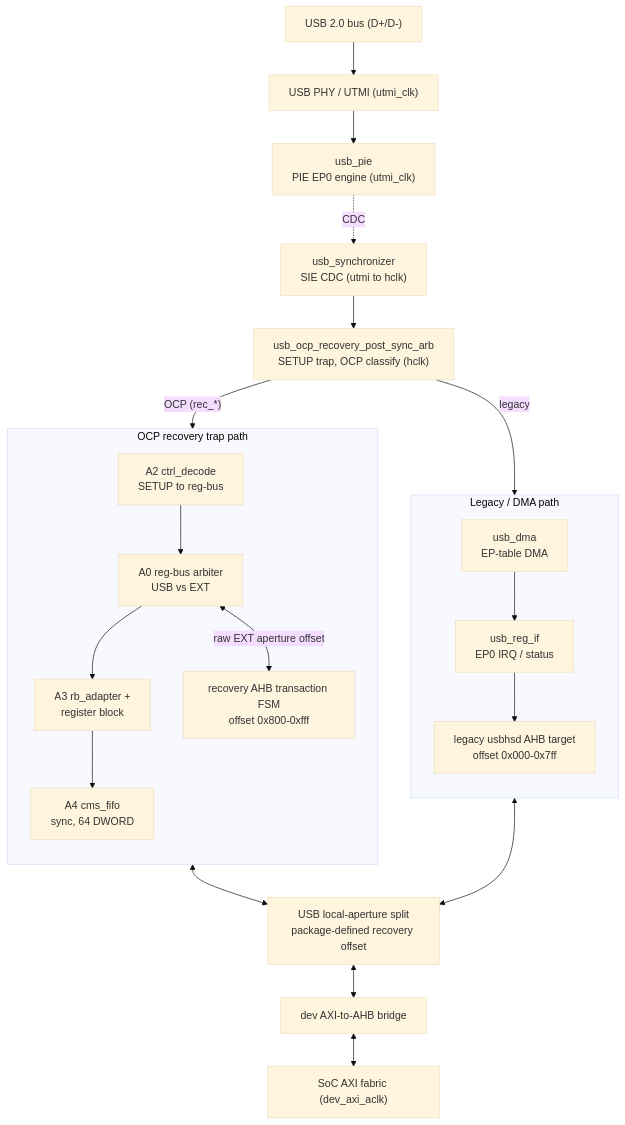
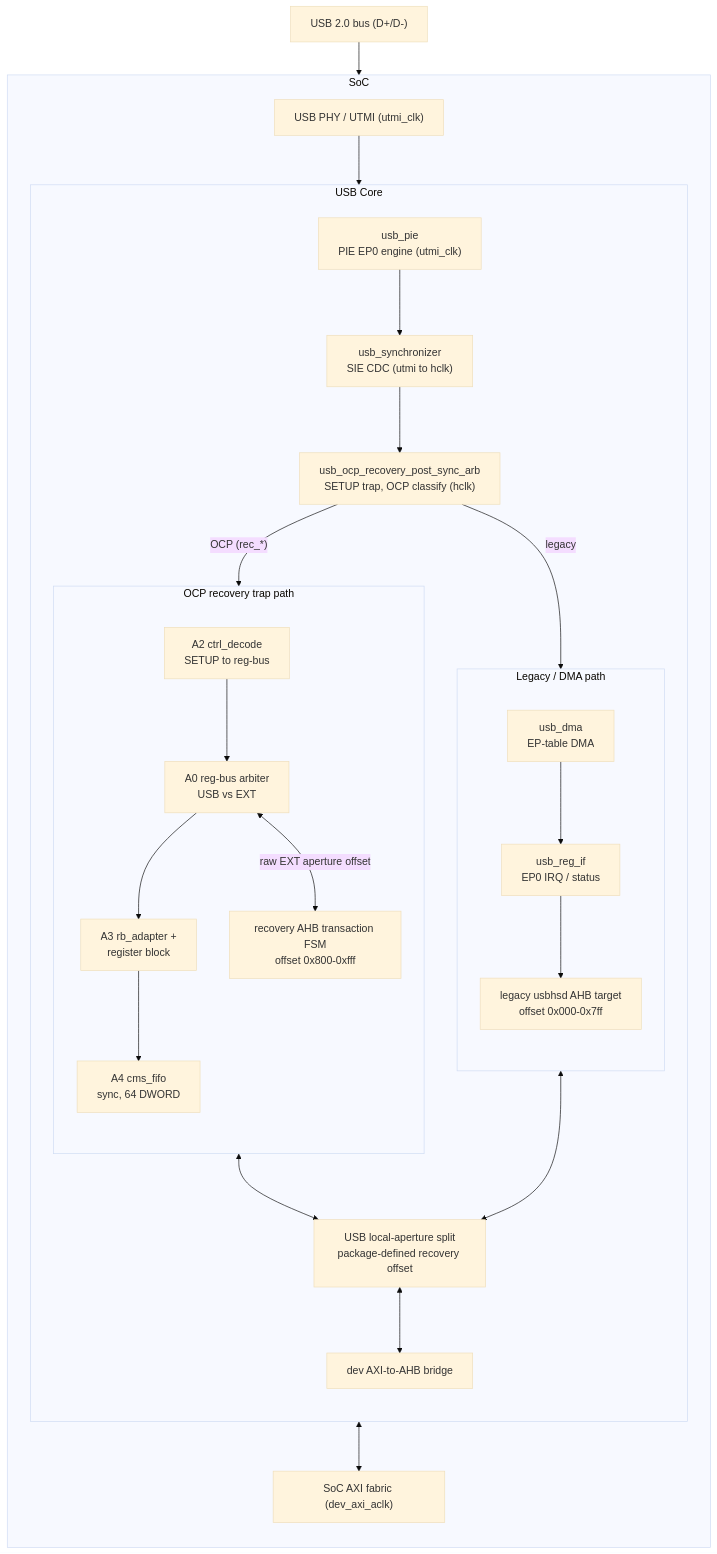
The second of 3 diagrams in docs/usb2_recovery_spec/README.md (chipsalliance/caliptra-ss), drawn with Mermaid (base theme) before and after one commit.

Commit message:
borders showing SoC/USB core boundaries

````diff
--- a/docs/usb2_recovery_spec/README.md
+++ b/docs/usb2_recovery_spec/README.md
@@ -97,41 +97,51 @@
 ```mermaid
 flowchart TB
     bus["USB 2.0 bus (D+/D-)"]
-    phy["USB PHY / UTMI (utmi_clk)"]
-    pie["usb_pie<br/>PIE EP0 engine (utmi_clk)"]
-    sync["usb_synchronizer<br/>SIE CDC (utmi to hclk)"]
-    arb["usb_ocp_recovery_post_sync_arb<br/>SETUP trap, OCP classify (hclk)"]
+
+    subgraph soc["SoC"]
+        direction TB
+        phy["USB PHY / UTMI (utmi_clk)"]
+
+        subgraph core["USB Core"]
+            direction TB
+            pie["usb_pie<br/>PIE EP0 engine (utmi_clk)"]
+            sync["usb_synchronizer<br/>SIE CDC (utmi to hclk)"]
+            arb["usb_ocp_recovery_post_sync_arb<br/>SETUP trap, OCP classify (hclk)"]
+
+            subgraph legacy["Legacy / DMA path"]
+                direction TB
+                dma["usb_dma<br/>EP-table DMA"]
+                regif["usb_reg_if<br/>EP0 IRQ / status"]
+                legacy_ahb["legacy usbhsd AHB target<br/>offset 0x000-0x7ff"]
+                dma --> regif --> legacy_ahb
+            end
+
+            subgraph recovery["OCP recovery trap path"]
+                direction TB
+                a2["A2 ctrl_decode<br/>SETUP to reg-bus"]
+                a0["A0 reg-bus arbiter<br/>USB vs EXT"]
+                a3["A3 rb_adapter +<br/>register block"]
+                a4["A4 cms_fifo<br/>sync, 64 DWORD"]
+                rec_ahb["recovery AHB transaction FSM<br/>offset 0x800-0xfff"]
+                a2 --> a0 --> a3 --> a4
+                a0 <-->|"raw EXT aperture offset"| rec_ahb
+            end
+
+            arb -->|legacy| dma
+            arb -->|"OCP (rec_*)"| a2
+
+            split["USB local-aperture split<br/>package-defined recovery offset"]
+            ahb["dev AXI-to-AHB bridge"]
+
+            legacy_ahb <--> split
+            rec_ahb <--> split
+            split <--> ahb
+        end
+
+        fab["SoC AXI fabric (dev_axi_aclk)"]
+        ahb <--> fab
+    end
 
     bus --> phy --> pie
-    pie -.->|CDC| sync --> arb
-
-    subgraph legacy["Legacy / DMA path"]
-        direction TB
-        dma["usb_dma<br/>EP-table DMA"]
-        regif["usb_reg_if<br/>EP0 IRQ / status"]
-        legacy_ahb["legacy usbhsd AHB target<br/>offset 0x000-0x7ff"]
-        dma --> regif --> legacy_ahb
-    end
-
-    subgraph recovery["OCP recovery trap path"]
-        direction TB
-        a2["A2 ctrl_decode<br/>SETUP to reg-bus"]
-        a0["A0 reg-bus arbiter<br/>USB vs EXT"]
-        a3["A3 rb_adapter +<br/>register block"]
-        a4["A4 cms_fifo<br/>sync, 64 DWORD"]
-        rec_ahb["recovery AHB transaction FSM<br/>offset 0x800-0xfff"]
-        a2 --> a0 --> a3 --> a4
-        a0 <-->|"raw EXT aperture offset"| rec_ahb
-    end
-
-    arb -->|legacy| dma
-    arb -->|"OCP (rec_*)"| a2
-
-    split["USB local-aperture split<br/>package-defined recovery offset"]
-    ahb["dev AXI-to-AHB bridge"]
-    fab["SoC AXI fabric (dev_axi_aclk)"]
-
-    legacy_ahb <--> split
-    rec_ahb <--> split
-    split <--> ahb <--> fab
+    pie --> sync --> arb
 ```
````
